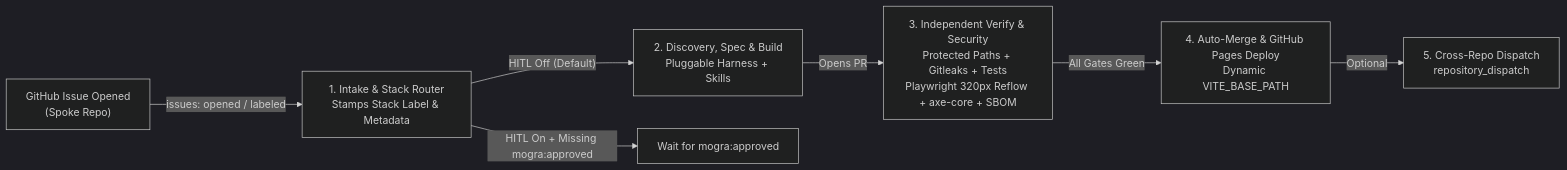
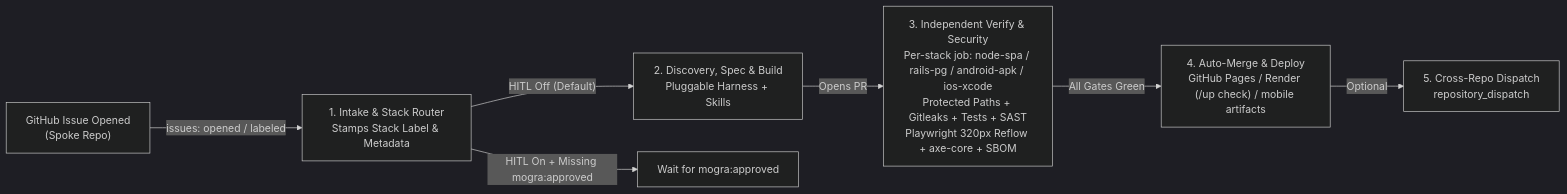
Before and after one commit to rajeevkannav/ProductionLine: the diagram in README.md, drawn with Mermaid (dark theme). The commit also changed other lines of this file and 11 other files, not shown here.

First line of the commit message:
docs: document v0.2.0 Rails/Render spoke and add spoke-rails template

````diff
--- a/README.md
+++ b/README.md
@@ -32,9 +33,9 @@
 ```mermaid
 flowchart LR
     I["GitHub Issue Opened\n(Spoke Repo)"] -->|"issues: opened / labeled"| IN["1. Intake & Stack Router\nStamps Stack Label & Metadata"]
     IN -->|"HITL Off (Default)"| DS["2. Discovery, Spec & Build\nPluggable Harness + Skills"]
     IN -->|"HITL On + Missing mogra:approved"| WAIT["Wait for mogra:approved"]
-    DS -->|"Opens PR"| V["3. Independent Verify & Security\nProtected Paths + Gitleaks + Tests\nPlaywright 320px Reflow + axe-core + SBOM"]
-    V -->|"All Gates Green"| M["4. Auto-Merge & GitHub Pages Deploy\nDynamic VITE_BASE_PATH"]
+    DS -->|"Opens PR"| V["3. Independent Verify & Security\nPer-stack job: node-spa / rails-pg / android-apk / ios-xcode\nProtected Paths + Gitleaks + Tests + SAST\nPlaywright 320px Reflow + axe-core + SBOM"]
+    V -->|"All Gates Green"| M["4. Auto-Merge & Deploy\nGitHub Pages / Render (/up check) / mobile artifacts"]
     M -->|"Optional"| DR["5. Cross-Repo Dispatch\nrepository_dispatch"]
 ```
````
